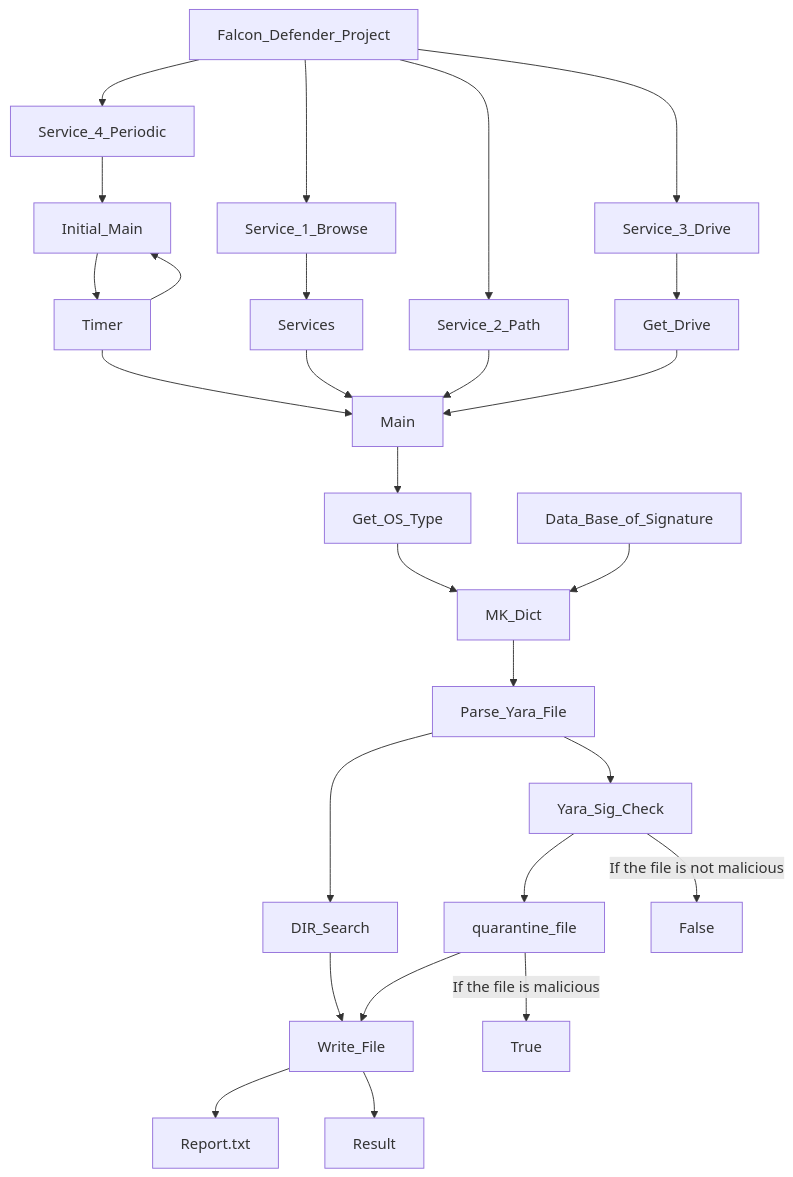
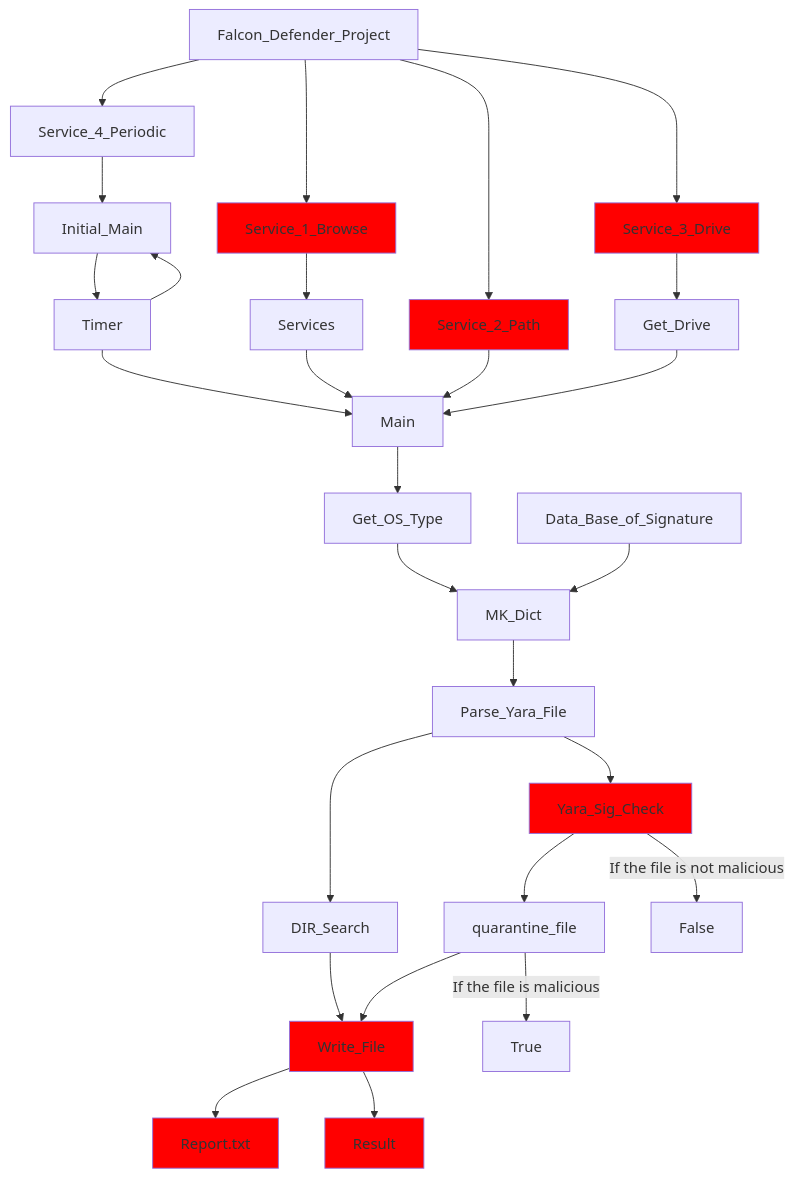
One commit to AyhamAsfoor/Falcon_Defender changed the diagram in README.md. Above: the diagram before and after it, drawn with Mermaid.

````diff
--- a/README.md
+++ b/README.md
@@ -68,29 +68,37 @@
 ```mermaid
 graph TD;
    Falcon_Defender_Project-->Service_1_Browse;
    Service_1_Browse-->Services;
    Falcon_Defender_Project-->Service_2_Path;
    Falcon_Defender_Project-->Service_3_Drive;
    Service_3_Drive-->Get_Drive;
    Falcon_Defender_Project-->Service_4_Periodic;
    Service_4_Periodic-->Initial_Main;
    Initial_Main-->Timer;
    Timer-->Initial_Main;
    Timer-->Main;
    Services-->Main;
    Service_2_Path-->Main;
    Get_Drive-->Main;
    Main-->Get_OS_Type;
    Get_OS_Type-->MK_Dict;
    Data_Base_of_Signature-->MK_Dict;
    MK_Dict-->Parse_Yara_File;
    Parse_Yara_File-->DIR_Search;
    Parse_Yara_File-->Yara_Sig_Check;
    DIR_Search-->Write_File;
    Yara_Sig_Check-->quarantine_file;
    quarantine_file-->Write_File;
    Yara_Sig_Check-->|If the file is not malicious| False;
    quarantine_file-->|If the file is malicious| True;
    Write_File-->Report_txt[Report.txt];
    Write_File-->Result[Result];
+
+   style Service_1_Browse fill:#ff0000;
+   style Service_2_Path fill:#ff0000;
+   style Service_3_Drive fill:#ff0000;
+   style Yara_Sig_Check fill:#ff0000;
+   style Write_File fill:#ff0000;
+   style Report_txt fill:#ff0000;
+   style Result fill:#ff0000;
 ```
````
